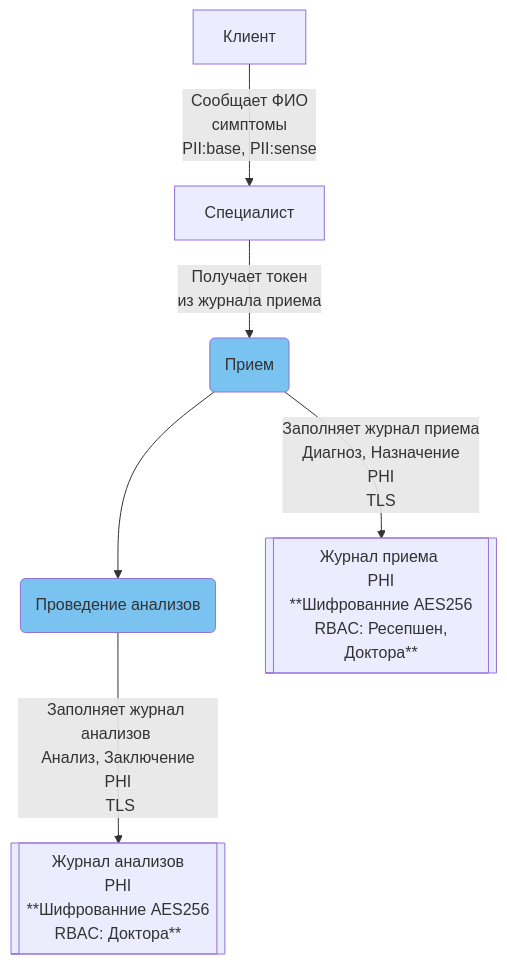
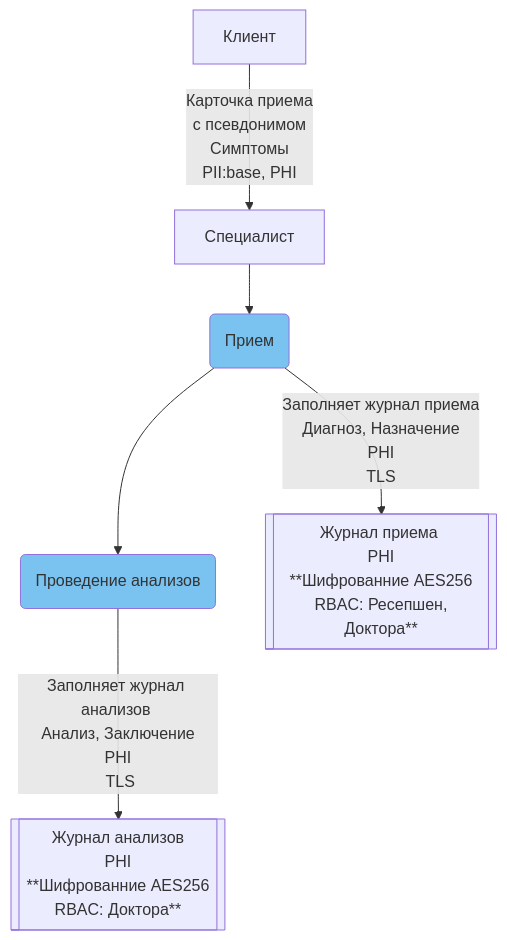
Before and after one commit to Rzr18/architecture-medikamente: the third of 5 diagrams in Task1/T1_Solution.md, drawn with Mermaid. The commit also changed other lines of this file and 6 other files, not shown here.

````diff
--- a/Task1/T1_Solution.md
+++ b/Task1/T1_Solution.md
@@ -54,22 +55,22 @@
 ```mermaid
 flowchart TD    
     client[Клиент]
     doc[Специалист]
 
     pra(Проведение анализов)
     prp(Прием)
     
     DP[[Журнал приема <br> PHI <br> **Шифрованние AES256 <br> RBAC: Ресепшен, Доктора** ]]
     DA[[Журнал анализов <br> PHI <br> **Шифрованние AES256 <br> RBAC: Доктора** ]]
     
-    client -->|"Сообщает ФИО <br> симптомы <br> PII:base, PII:sense"| doc 
-    doc -->|Получает токен <br> из журнала приема| prp
+    client -->|"Карточка приема <br> с псевдонимом <br> Симптомы <br> PII:base, PHI"| doc 
+    doc --> prp
     prp --> pra
     prp -->|Заполняет журнал приема <br> Диагноз, Назначение <br> PHI <br> TLS| DP
     pra -->|Заполняет журнал анализов <br> Анализ, Заключение <br> PHI <br> TLS| DA
     
     classDef process fill:#7ac3f0
     classDef data fill:#eee3e0
     class D1,D2,D3 data
     class pra,prp process
 ```
````
